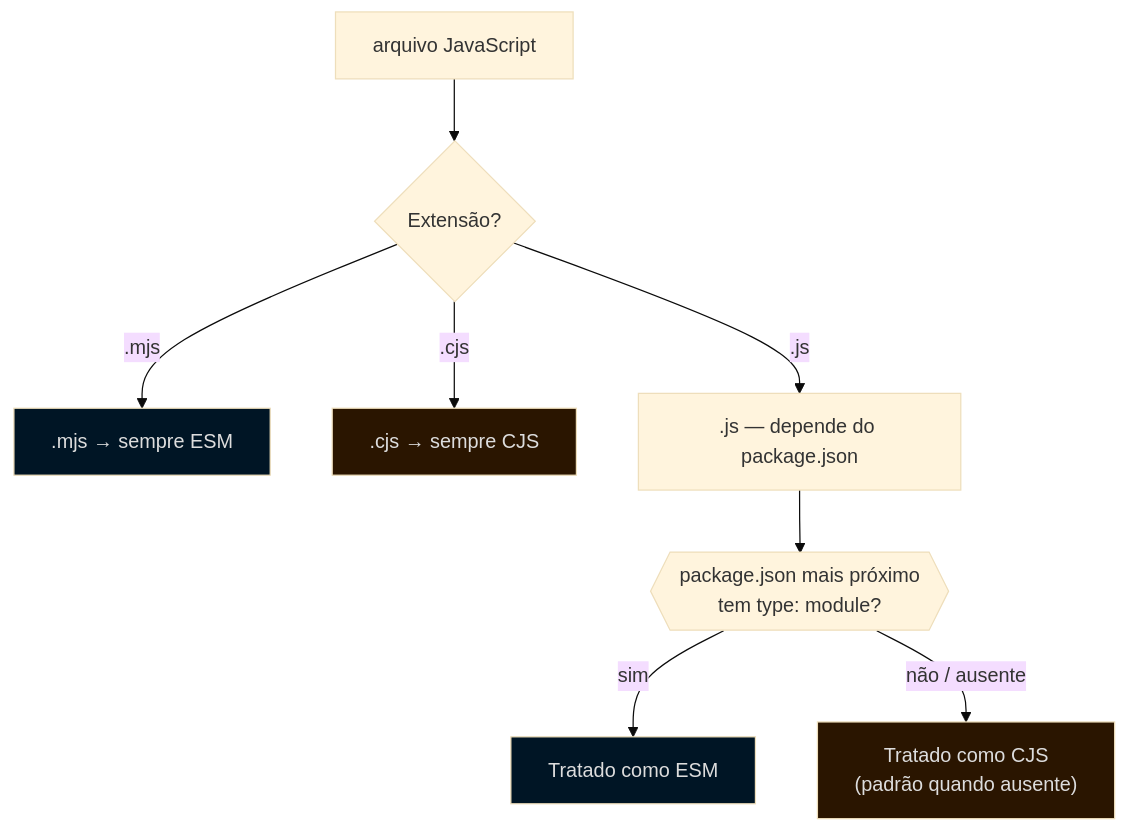
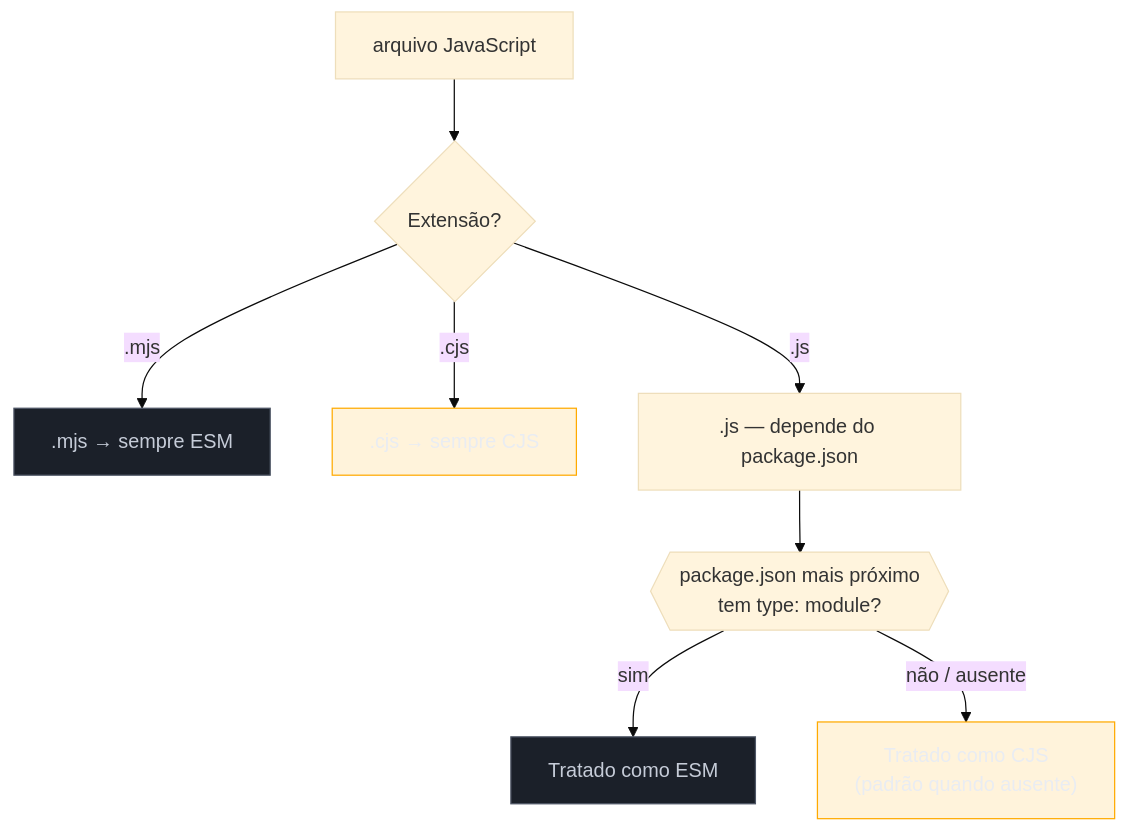
Before and after one commit to josenaldo/codex-technomanticus: the third of 7 diagrams in 03-Dominios/Tecnologia/Tooling e Build/06 - ESM e CJS e o sistema de módulos.md, drawn with Mermaid (base theme). The commit also changed other lines of this file and 1181 other files, not shown here.

First line of the commit message:
fix(diagramas): paleta do sistema no lugar de cor cravada no markdown

````diff
--- a/03-Dominios/Tecnologia/Tooling e Build/06 - ESM e CJS e o sistema de módulos.md
+++ b/03-Dominios/Tecnologia/Tooling e Build/06 - ESM e CJS e o sistema de módulos.md
@@ -124,26 +126,28 @@
 ```mermaid
 flowchart TD
+    classDef neutro fill:#1B2029,stroke:#4E5666,color:#C6CCD8
+    classDef destaque fill:#FFAA0024,stroke:#FFAA00,color:#E9ECF2
     FILE["arquivo JavaScript"]
 
     EXT{Extensão?}
     MJS[".mjs → sempre ESM"]
     CJS_EXT[".cjs → sempre CJS"]
     JS[".js — depende do package.json"]
 
     PKG{{"package.json mais próximo\ntem type: module?"}}
     ESM_FINAL["Tratado como ESM"]
     CJS_FINAL["Tratado como CJS\n(padrão quando ausente)"]
 
     FILE --> EXT
     EXT -->|.mjs| MJS
     EXT -->|.cjs| CJS_EXT
     EXT -->|.js| JS
     JS --> PKG
     PKG -->|sim| ESM_FINAL
     PKG -->|não / ausente| CJS_FINAL
 
-    style MJS fill:#001525,color:#ddd
-    style ESM_FINAL fill:#001525,color:#ddd
-    style CJS_FINAL fill:#2a1500,color:#ddd
-    style CJS_EXT fill:#2a1500,color:#ddd
+    class MJS neutro
+    class ESM_FINAL neutro
+    class CJS_FINAL destaque
+    class CJS_EXT destaque
 ```
````
